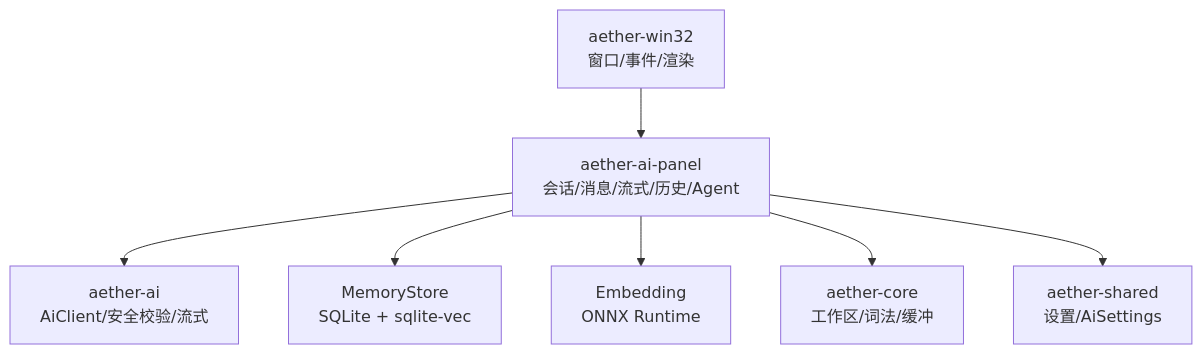
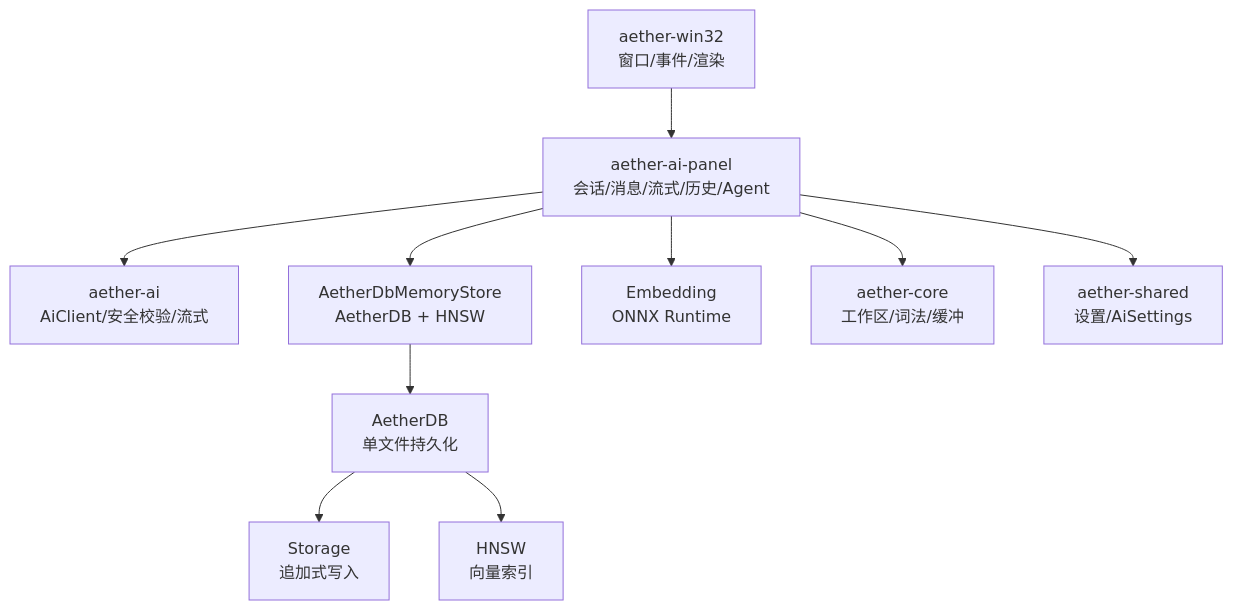
Before and after one commit to aetherstudio-cn/AetherStudio: the first of 7 diagrams in .qoder/repowiki/zh/content/扩展系统/AI面板系统.md, drawn with Mermaid. The commit also changed other lines of this file and 7 other files, not shown here.

````diff
--- a/.qoder/repowiki/zh/content/扩展系统/AI面板系统.md
+++ b/.qoder/repowiki/zh/content/扩展系统/AI面板系统.md
@@ -38,9 +55,12 @@
 ```mermaid
 graph TB
 UI["aether-win32<br/>窗口/事件/渲染"] --> Panel["aether-ai-panel<br/>会话/消息/流式/历史/Agent"]
 Panel --> Client["aether-ai<br/>AiClient/安全校验/流式"]
-Panel --> Store["MemoryStore<br/>SQLite + sqlite-vec"]
+Panel --> Store["AetherDbMemoryStore<br/>AetherDB + HNSW"]
 Panel --> Embed["Embedding<br/>ONNX Runtime"]
 Panel --> Core["aether-core<br/>工作区/词法/缓冲"]
 Panel --> Shared["aether-shared<br/>设置/AiSettings"]
+Store --> DB["AetherDB<br/>单文件持久化"]
+DB --> Storage["Storage<br/>追加式写入"]
+DB --> HNSW["HNSW<br/>向量索引"]
 ```
````
